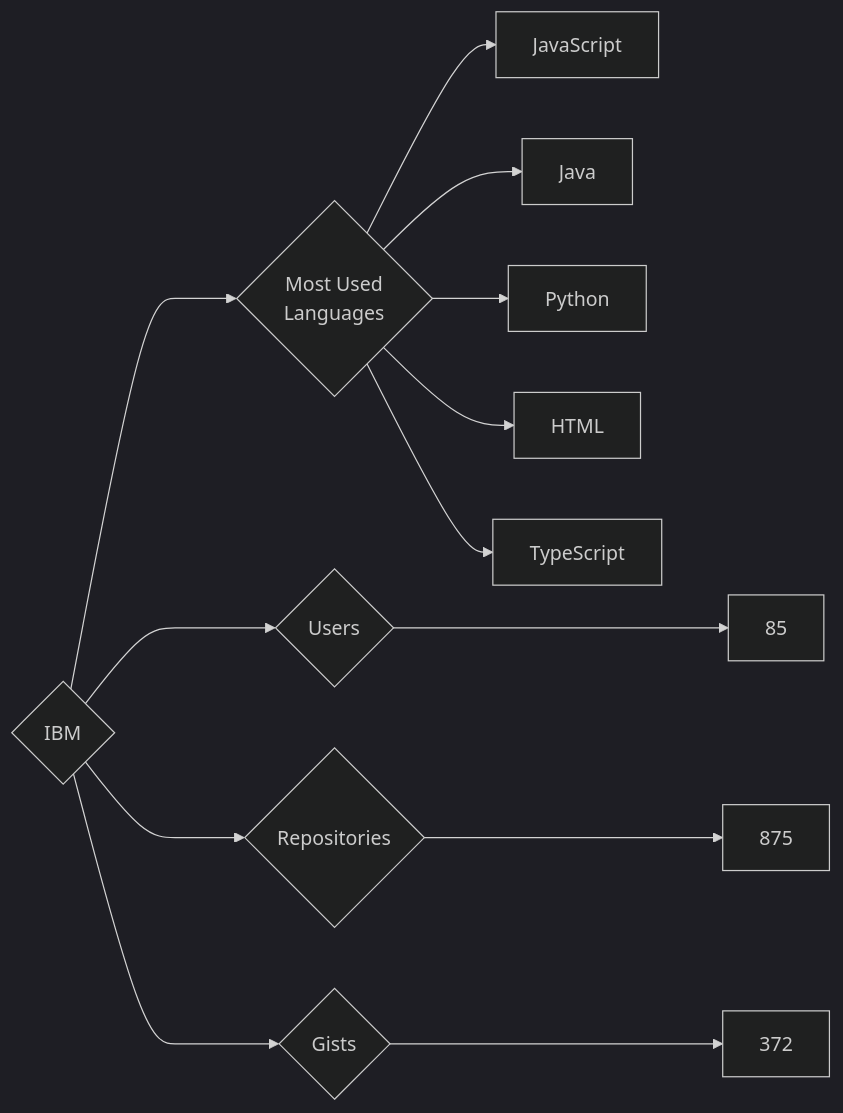
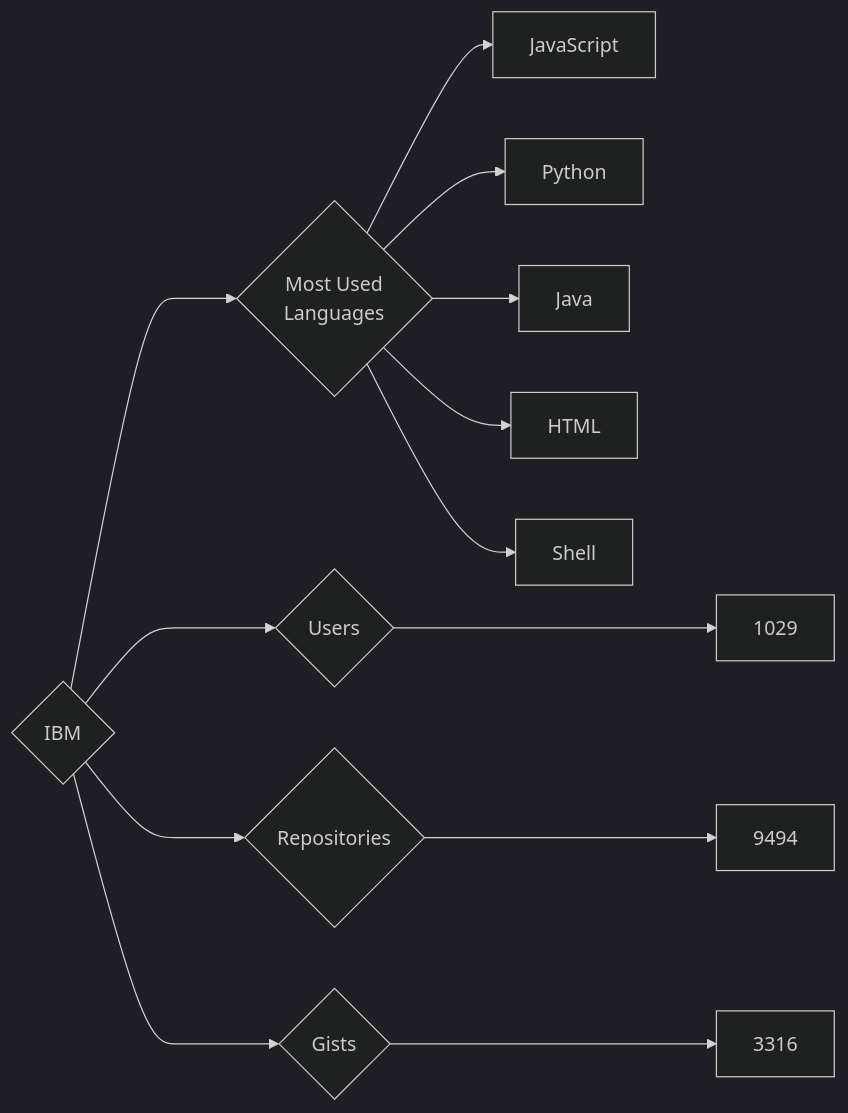
Before and after one commit to trickest/insiders: the diagram in targets/IBM/README.md, drawn with Mermaid (dark theme). The commit also changed 826 other files, not shown here.

````diff
--- a/targets/IBM/README.md
+++ b/targets/IBM/README.md
@@ -3,13 +3,13 @@
 ```mermaid
 graph LR
 COMPANY_NAME{IBM}
-COMPANY_NAME ---> U{Users} ---> UN[85]
-COMPANY_NAME ---> R{Repositories} ---> RN[875]
-COMPANY_NAME ---> G{Gists} ---> GN[372]
+COMPANY_NAME ---> U{Users} ---> UN[1029]
+COMPANY_NAME ---> R{Repositories} ---> RN[9494]
+COMPANY_NAME ---> G{Gists} ---> GN[3316]
 COMPANY_NAME ---> ML{Most Used<br>Languages}
 ML --> JavaScript[JavaScript]
+ML --> Python[Python]
 ML --> Java[Java]
-ML --> Python[Python]
 ML --> HTML[HTML]
-ML --> TypeScript[TypeScript]
+ML --> Shell[Shell]
 ```
````
